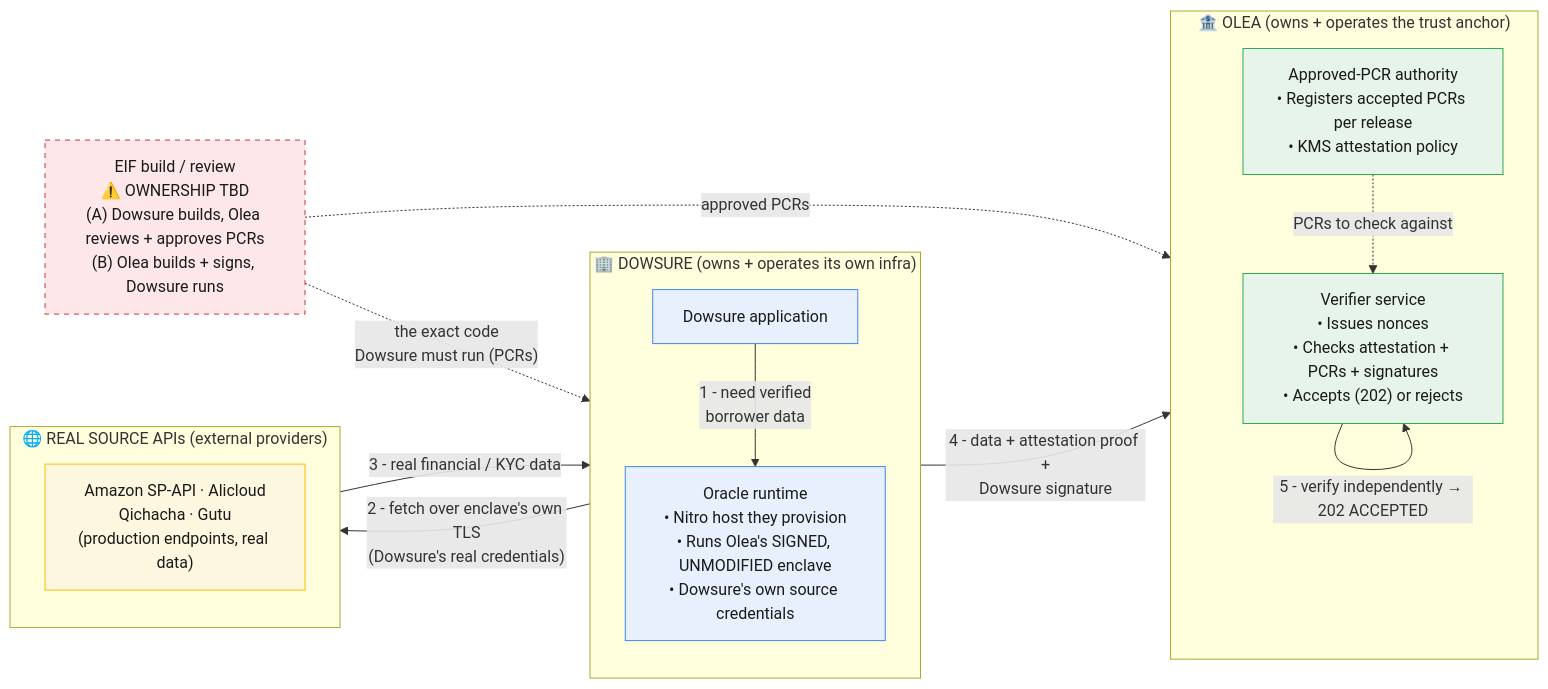
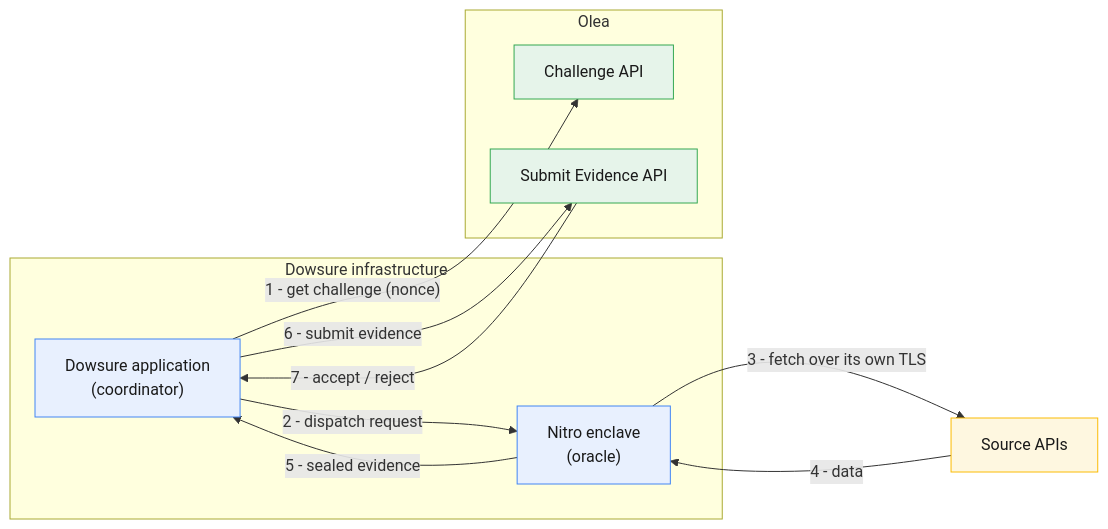
One commit to scvolea/olea-dowsure-oracle changed the first of 2 diagrams in docs/flow-steps/diagram-production-topology.md. Above: the diagram before and after it, drawn with Mermaid. The commit also changed other lines of this file and 30 other files, not shown here.

````diff
--- a/docs/flow-steps/diagram-production-topology.md
+++ b/docs/flow-steps/diagram-production-topology.md
@@ -39,39 +39,29 @@
 ```mermaid
 flowchart LR
-    subgraph DOWSURE["🏢 DOWSURE (owns + operates its own infra)"]
-        direction TB
-        DAPP["Dowsure application"]
-        DORACLE["Oracle runtime<br/>• Nitro host they provision<br/>• Runs Olea's SIGNED, UNMODIFIED enclave<br/>• Dowsure's own source credentials"]
+    subgraph DOWSURE["Dowsure infrastructure"]
+        APP["Dowsure application<br/>(coordinator)"]
+        ENCLAVE["Nitro enclave<br/>(oracle)"]
     end
 
-    subgraph SOURCES["🌐 REAL SOURCE APIs (external providers)"]
-        direction TB
-        SRC["Amazon SP-API · Alicloud<br/>Qichacha · Gutu<br/>(production endpoints, real data)"]
+    SRC["Source APIs"]
+
+    subgraph OLEA["Olea"]
+        CHAL["Challenge API"]
+        SUBMIT["Submit Evidence API"]
     end
 
-    subgraph OLEA["🏦 OLEA (owns + operates the trust anchor)"]
-        direction TB
-        OVER["Verifier service<br/>• Issues nonces<br/>• Checks attestation + PCRs + signatures<br/>• Accepts (202) or rejects"]
-        OEIF["Approved-PCR authority<br/>• Registers accepted PCRs per release<br/>• KMS attestation policy"]
-    end
-
-    EIFBUILD["EIF build / review<br/>⚠️ OWNERSHIP TBD<br/>(A) Dowsure builds, Olea reviews + approves PCRs<br/>(B) Olea builds + signs, Dowsure runs"]
-
-    DAPP -->|"1 - need verified<br/>borrower data"| DORACLE
-    DORACLE -->|"2 - fetch over enclave's own TLS<br/>(Dowsure's real credentials)"| SRC
-    SRC -->|"3 - real financial / KYC data"| DORACLE
-    DORACLE -->|"4 - data + attestation proof +<br/>Dowsure signature"| OVER
-    EIFBUILD -.->|"the exact code<br/>Dowsure must run (PCRs)"| DORACLE
-    EIFBUILD -.->|"approved PCRs"| OEIF
-    OEIF -.->|"PCRs to check against"| OVER
-    OVER -->|"5 - verify independently → 202 ACCEPTED"| OVER
+    APP -->|"1 - get challenge (nonce)"| CHAL
+    APP -->|"2 - dispatch request"| ENCLAVE
+    ENCLAVE -->|"3 - fetch over its own TLS"| SRC
+    SRC -->|"4 - data"| ENCLAVE
+    ENCLAVE -->|"5 - sealed evidence"| APP
+    APP -->|"6 - submit evidence"| SUBMIT
+    SUBMIT -->|"7 - accept / reject"| APP
 
     classDef dowsure fill:#e8f0fe,stroke:#4285f4,color:#1a1a1a;
     classDef olea fill:#e6f4ea,stroke:#34a853,color:#1a1a1a;
     classDef src fill:#fef7e0,stroke:#fbbc04,color:#1a1a1a;
-    classDef tbd fill:#fde7e9,stroke:#d13438,color:#1a1a1a,stroke-dasharray: 5 5;
-    class DAPP,DORACLE dowsure;
-    class OVER,OEIF olea;
+    class APP,ENCLAVE dowsure;
+    class CHAL,SUBMIT olea;
     class SRC src;
-    class EIFBUILD tbd;
 ```
````
